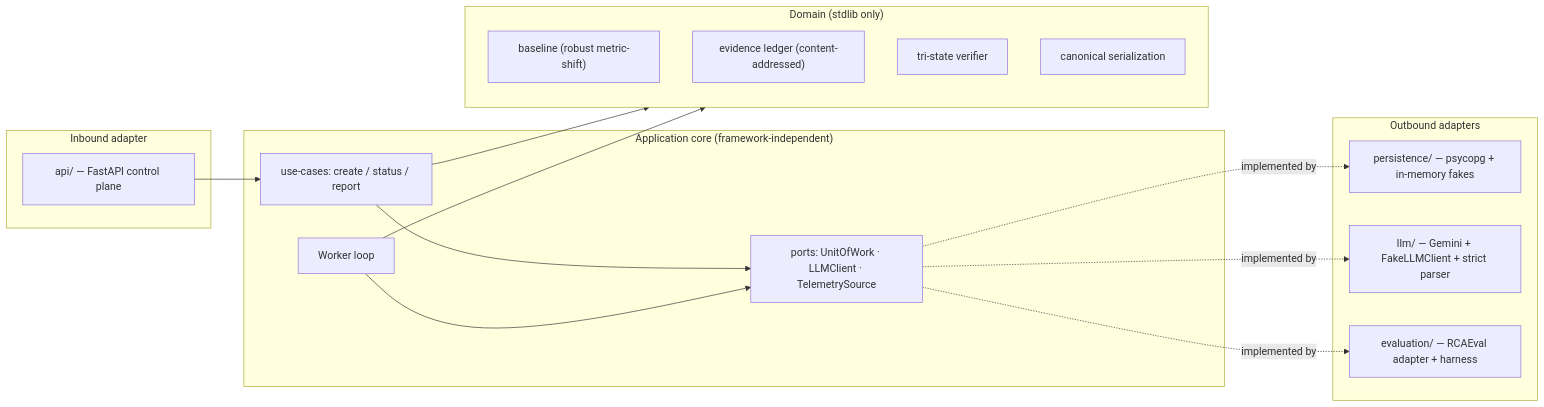
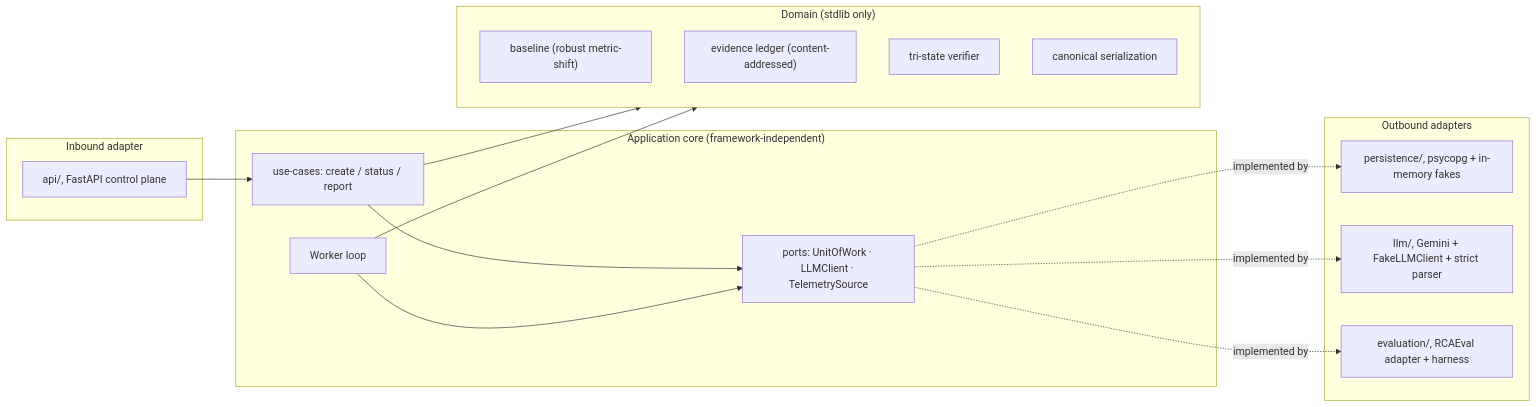
The first of 2 diagrams in docs/architecture/overview.md (AswaniSahoo/Incident-evidence-compiler), drawn with Mermaid before and after one commit. The commit also changed 48 other files, not shown here.

````diff
--- a/docs/architecture/overview.md
+++ b/docs/architecture/overview.md
@@ -15,31 +15,31 @@
 ```mermaid
 flowchart LR
     subgraph edge["Inbound adapter"]
-        API["api/ — FastAPI control plane"]
+        API["api/, FastAPI control plane"]
     end
     subgraph app["Application core (framework-independent)"]
         UC["use-cases: create / status / report"]
         WK["Worker loop"]
         PORTS["ports: UnitOfWork · LLMClient · TelemetrySource"]
     end
     subgraph domain["Domain (stdlib only)"]
         BASE["baseline (robust metric-shift)"]
         LEDG["evidence ledger (content-addressed)"]
         VER["tri-state verifier"]
         SER["canonical serialization"]
     end
     subgraph infra["Outbound adapters"]
-        PG["persistence/ — psycopg + in-memory fakes"]
-        GEM["llm/ — Gemini + FakeLLMClient + strict parser"]
-        RCA["evaluation/ — RCAEval adapter + harness"]
+        PG["persistence/, psycopg + in-memory fakes"]
+        GEM["llm/, Gemini + FakeLLMClient + strict parser"]
+        RCA["evaluation/, RCAEval adapter + harness"]
     end
 
     API --> UC
     UC --> PORTS
     WK --> PORTS
     UC --> domain
     WK --> domain
     PORTS -. implemented by .-> PG
     PORTS -. implemented by .-> GEM
     PORTS -. implemented by .-> RCA
 ```
````
